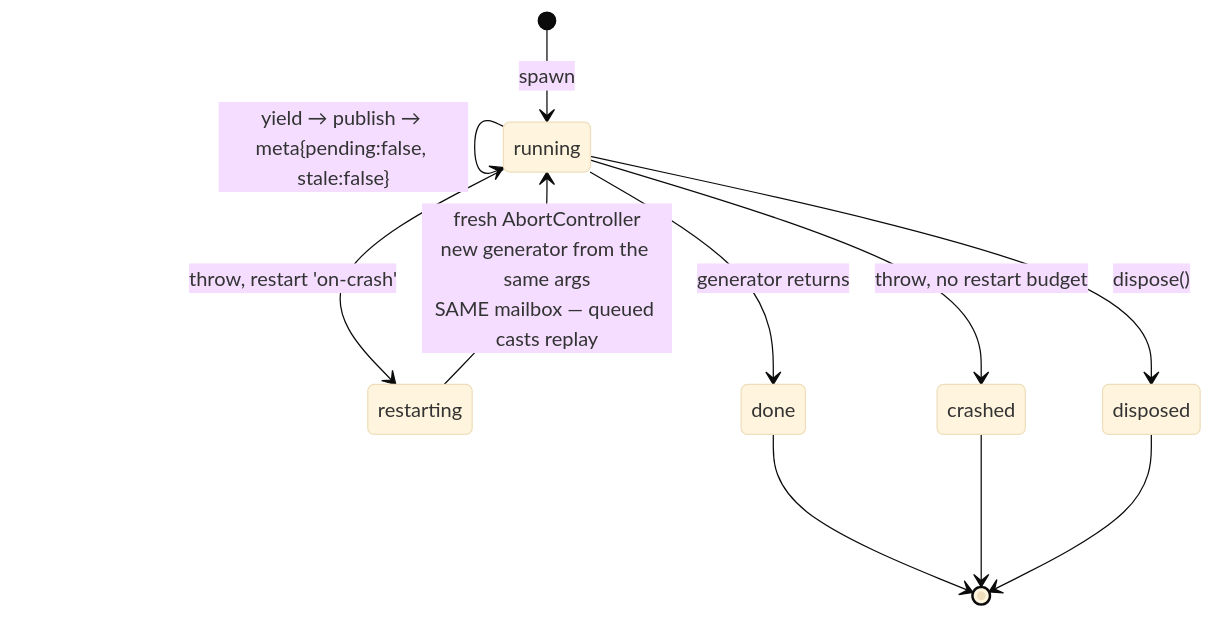
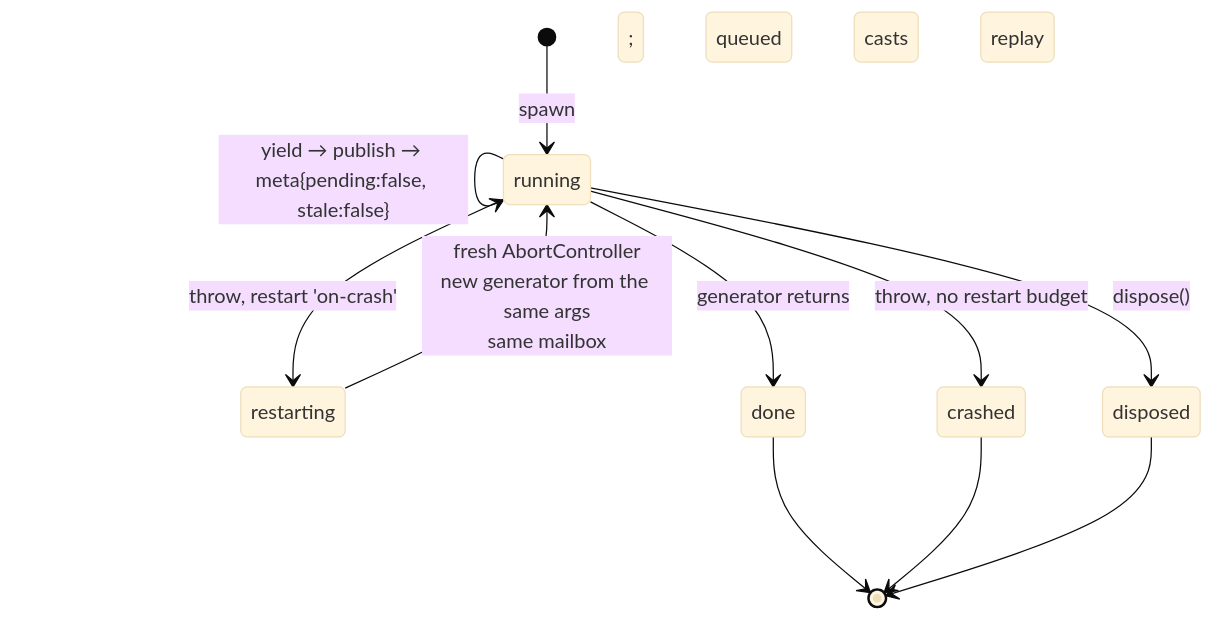
Before and after one commit to twfarland/nonchalant: the second of 3 diagrams in docs/internals/process.md, drawn with Mermaid (base theme). The commit also changed other lines of this file and 23 other files, not shown here.

````diff
--- a/docs/internals/process.md
+++ b/docs/internals/process.md
@@ -81,13 +80,13 @@
 ```mermaid
 stateDiagram-v2
     [*] --> running: spawn
     running --> running: yield → publish → meta{pending:false, stale:false}
     running --> done: generator returns
     running --> crashed: throw, no restart budget
     running --> restarting: throw, restart 'on-crash'
-    restarting --> running: fresh AbortController<br/>new generator from the same args<br/>SAME mailbox — queued casts replay
+    restarting --> running: fresh AbortController<br/>new generator from the same args<br/>same mailbox; queued casts replay
     running --> disposed: dispose()
     done --> [*]
     crashed --> [*]
     disposed --> [*]
 ```
````
